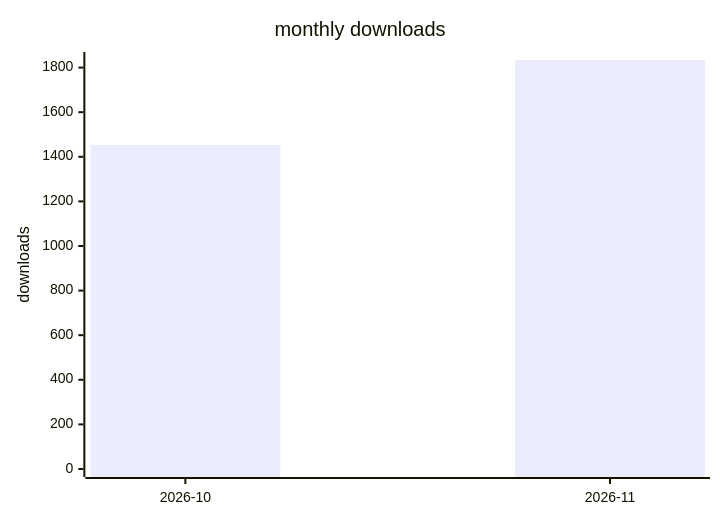
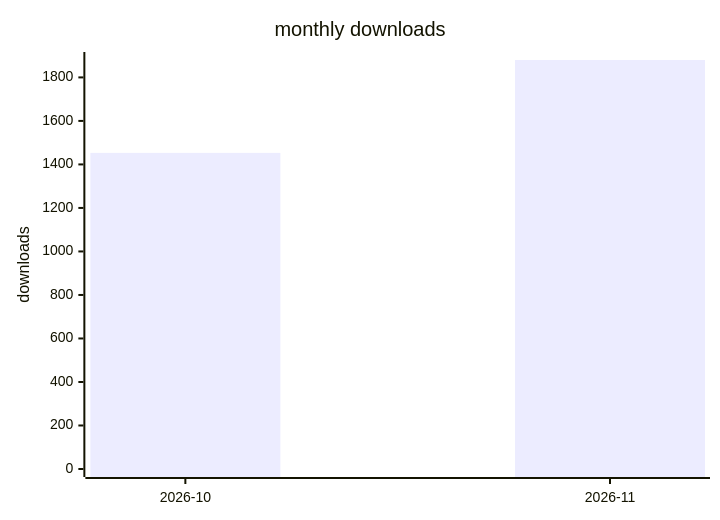
The second of 2 diagrams in docs/downloads-2026.md (terry2010/dsh-loop-recover), drawn with Mermaid before and after one commit. The commit also changed other lines of this file and 1 other file, not shown here.

````diff
--- a/docs/downloads-2026.md
+++ b/docs/downloads-2026.md
@@ -29,7 +29,7 @@
 ```mermaid
 xychart-beta
     title "monthly downloads"
     x-axis ["2026-10", "2026-11"]
-    y-axis "downloads" 0 --> 1834
-    bar [1453, 1834]
+    y-axis "downloads" 0 --> 1880
+    bar [1453, 1880]
 ```
````
